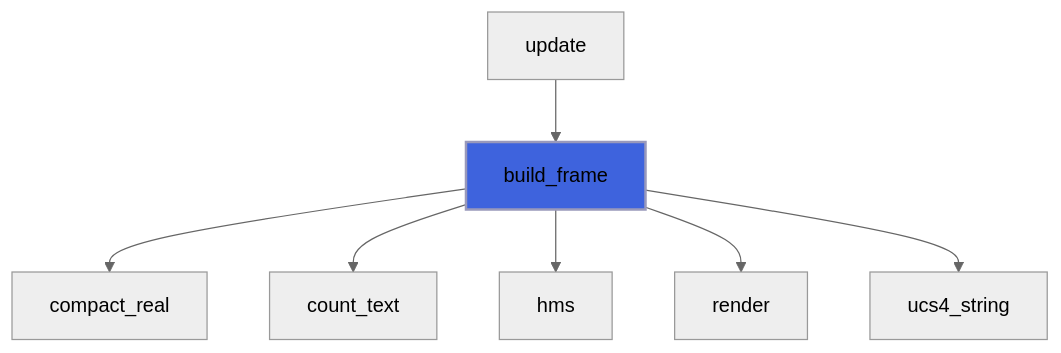
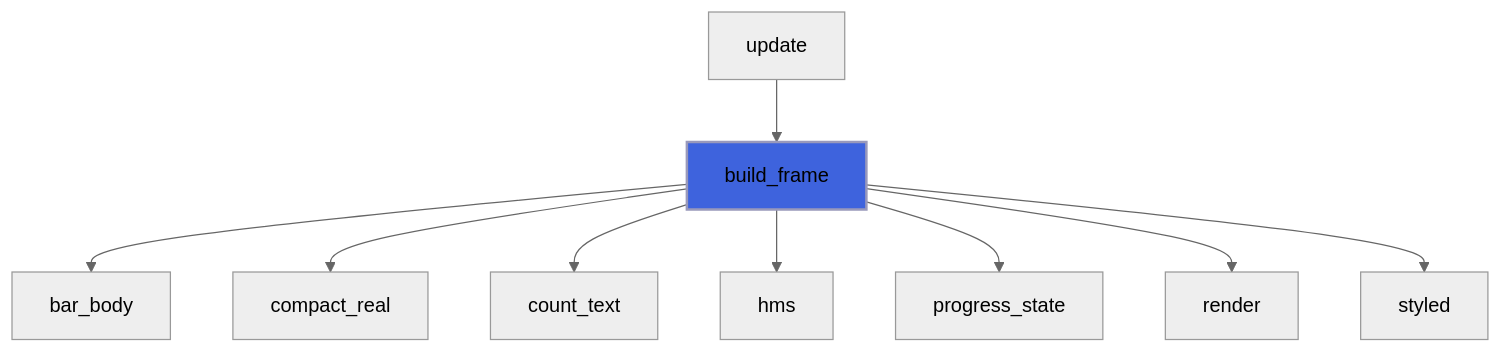
Before and after one commit to szaghi/forbear: the seventh of 30 diagrams in docs/api/src/lib/forbear_bar_object.md, drawn with Mermaid (neutral theme). The commit also changed other lines of this file and 51 other files, not shown here.

````diff
--- a/docs/api/src/lib/forbear_bar_object.md
+++ b/docs/api/src/lib/forbear_bar_object.md
@@ -339,10 +404,12 @@
 ```mermaid
 flowchart TD
   update["update"] --> build_frame["build_frame"]
+  build_frame["build_frame"] --> bar_body["bar_body"]
   build_frame["build_frame"] --> compact_real["compact_real"]
   build_frame["build_frame"] --> count_text["count_text"]
   build_frame["build_frame"] --> hms["hms"]
+  build_frame["build_frame"] --> progress_state["progress_state"]
   build_frame["build_frame"] --> render["render"]
-  build_frame["build_frame"] --> ucs4_string["ucs4_string"]
+  build_frame["build_frame"] --> styled["styled"]
   style build_frame fill:#3e63dd,stroke:#99b,stroke-width:2px
 ```
````
